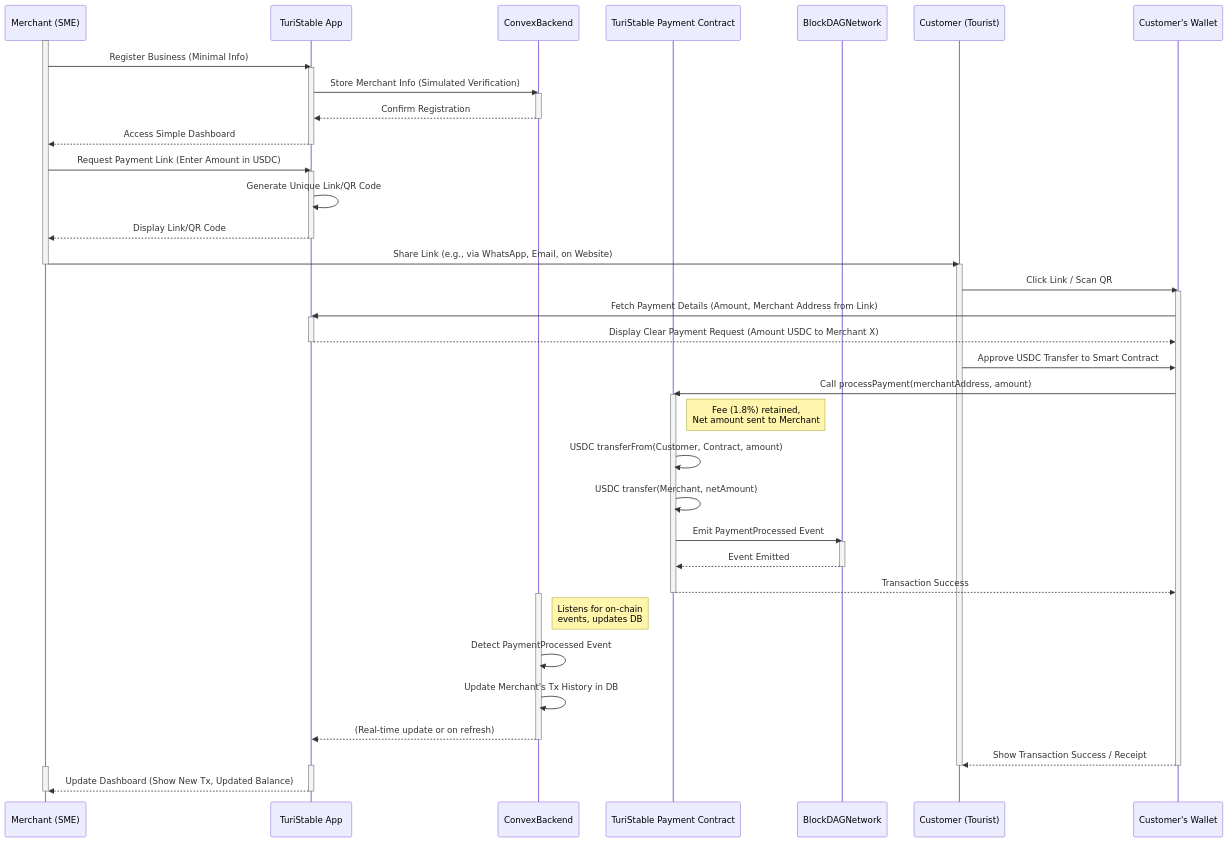
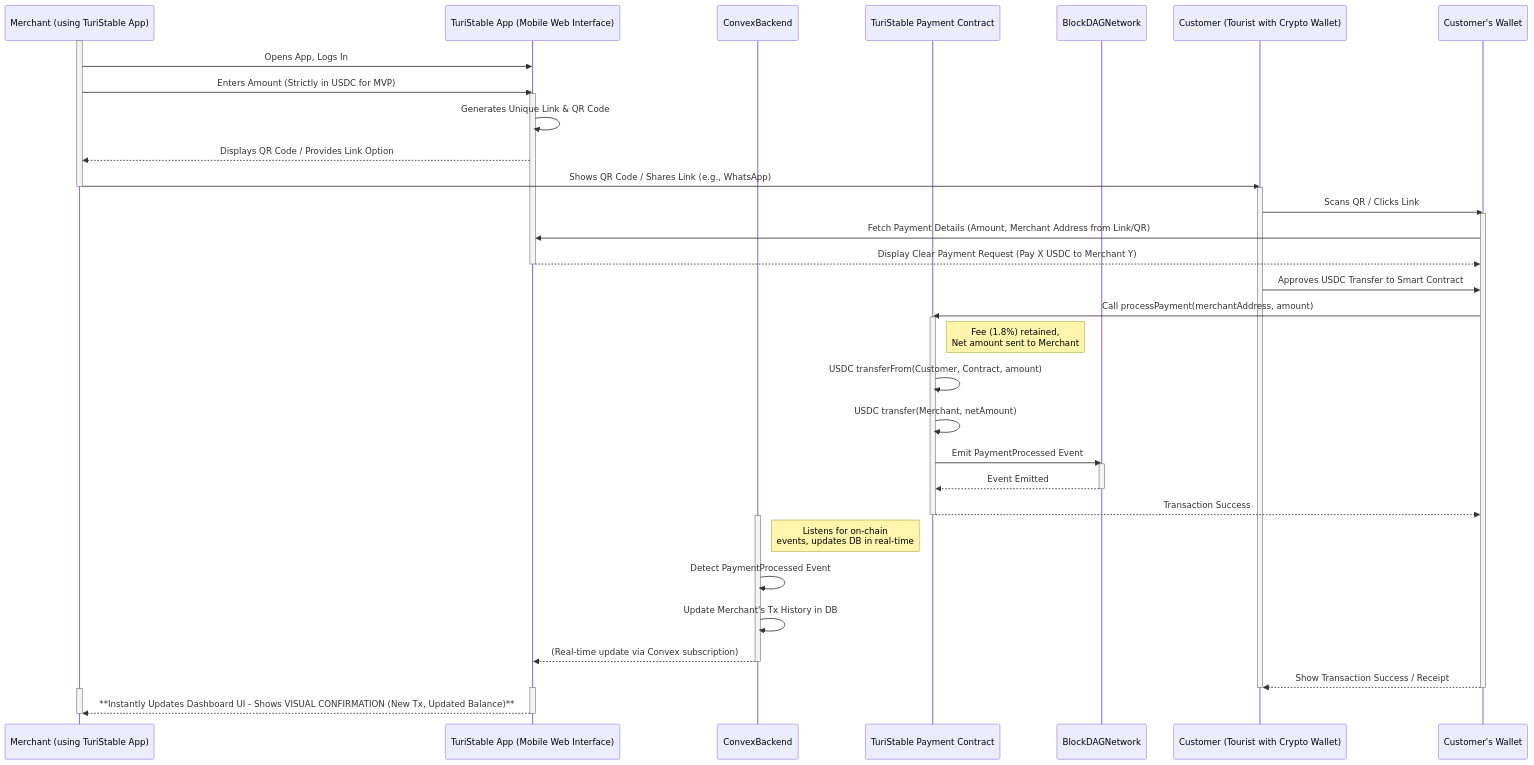
One commit to tapilew/equilibrio-alpha changed the diagram in README.md. Above: the diagram before and after it, drawn with Mermaid. The commit also changed other lines of this file, not shown here.

````diff
--- a/README.md
+++ b/README.md
@@ -236,65 +242,55 @@
 ```mermaid
 sequenceDiagram
-    participant SME as Merchant (SME)
-    participant TSApp as TuriStable App
+    participant SME as Merchant (using TuriStable App)
+    participant TSApp as TuriStable App (Mobile Web Interface)
     participant ConvexBackend
     participant TStableContract as TuriStable Payment Contract
     participant BlockDAGNetwork
-    participant Tourist as Customer (Tourist)
+    participant Tourist as Customer (Tourist with Crypto Wallet)
     participant Wallet as Customer's Wallet
 
     activate SME
-    SME->>TSApp: Register Business (Minimal Info)
+    SME->>TSApp: Opens App, Logs In
+    SME->>TSApp: Enters Amount (Strictly in USDC for MVP)
     activate TSApp
-    TSApp->>ConvexBackend: Store Merchant Info (Simulated Verification)
-    activate ConvexBackend
-    ConvexBackend-->>TSApp: Confirm Registration
-    deactivate ConvexBackend
-    TSApp-->>SME: Access Simple Dashboard
-    deactivate TSApp
-
-    SME->>TSApp: Request Payment Link (Enter Amount in USDC)
-    activate TSApp
-    TSApp->>TSApp: Generate Unique Link/QR Code
-    TSApp-->>SME: Display Link/QR Code
-    deactivate TSApp
-    SME->>Tourist: Share Link (e.g., via WhatsApp, Email, on Website)
+    TSApp->>TSApp: Generates Unique Link & QR Code
+    TSApp-->>SME: Displays QR Code / Provides Link Option
+    SME->>Tourist: Shows QR Code / Shares Link (e.g., WhatsApp)
     deactivate SME
 
     activate Tourist
-    Tourist->>Wallet: Click Link / Scan QR
+    Tourist->>Wallet: Scans QR / Clicks Link
     activate Wallet
-    Wallet->>TSApp: Fetch Payment Details (Amount, Merchant Address from Link)
-    activate TSApp
-    TSApp-->>Wallet: Display Clear Payment Request (Amount USDC to Merchant X)
+    Wallet->>TSApp: Fetch Payment Details (Amount, Merchant Address from Link/QR)
+    TSApp-->>Wallet: Display Clear Payment Request (Pay X USDC to Merchant Y)
     deactivate TSApp
-    Tourist->>Wallet: Approve USDC Transfer to Smart Contract
+    Tourist->>Wallet: Approves USDC Transfer to Smart Contract
     Wallet->>TStableContract: Call processPayment(merchantAddress, amount)
     activate TStableContract
     Note right of TStableContract: Fee (1.8%) retained, <br/>Net amount sent to Merchant
     TStableContract->>TStableContract: USDC transferFrom(Customer, Contract, amount)
     TStableContract->>TStableContract: USDC transfer(Merchant, netAmount)
     TStableContract->>BlockDAGNetwork: Emit PaymentProcessed Event
     activate BlockDAGNetwork
     BlockDAGNetwork-->>TStableContract: Event Emitted
     deactivate BlockDAGNetwork
     TStableContract-->>Wallet: Transaction Success
     deactivate TStableContract
 
     activate ConvexBackend
-    Note right of ConvexBackend: Listens for on-chain <br/> events, updates DB
+    Note right of ConvexBackend: Listens for on-chain <br/> events, updates DB in real-time
     ConvexBackend->>ConvexBackend: Detect PaymentProcessed Event
     ConvexBackend->>ConvexBackend: Update Merchant's Tx History in DB
-    ConvexBackend-->>TSApp: (Real-time update or on refresh)
+    ConvexBackend-->>TSApp: (Real-time update via Convex subscription)
     deactivate ConvexBackend
 
     Wallet-->>Tourist: Show Transaction Success / Receipt
     deactivate Wallet
     deactivate Tourist
 
     activate TSApp
     activate SME
-    TSApp-->>SME: Update Dashboard (Show New Tx, Updated Balance)
+    TSApp-->>SME: **Instantly Updates Dashboard UI - Shows VISUAL CONFIRMATION (New Tx, Updated Balance)**
     deactivate TSApp
     deactivate SME
 ```
````
